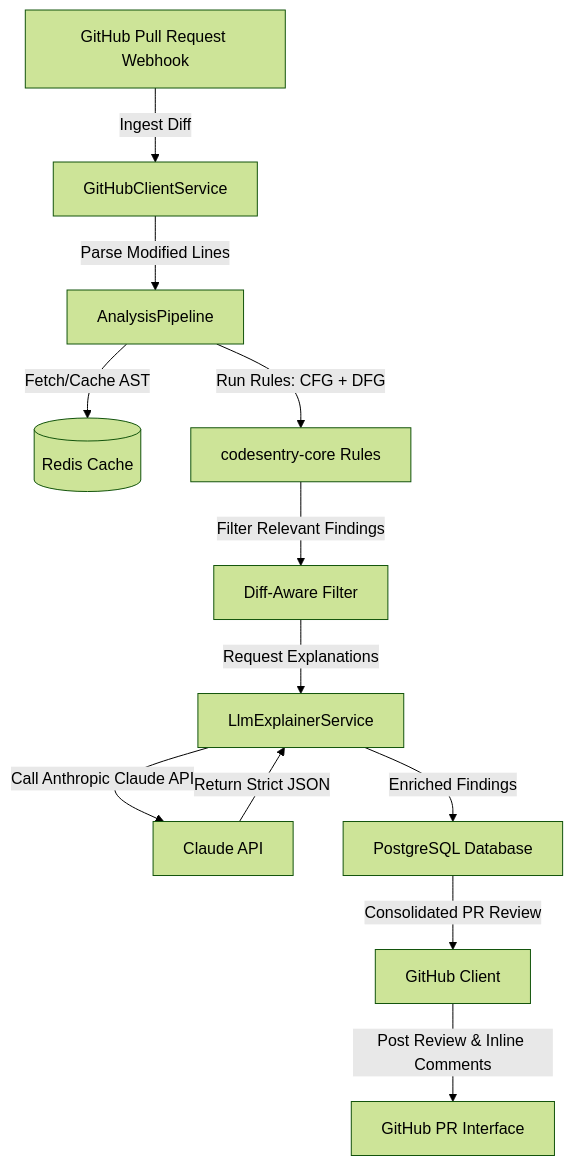
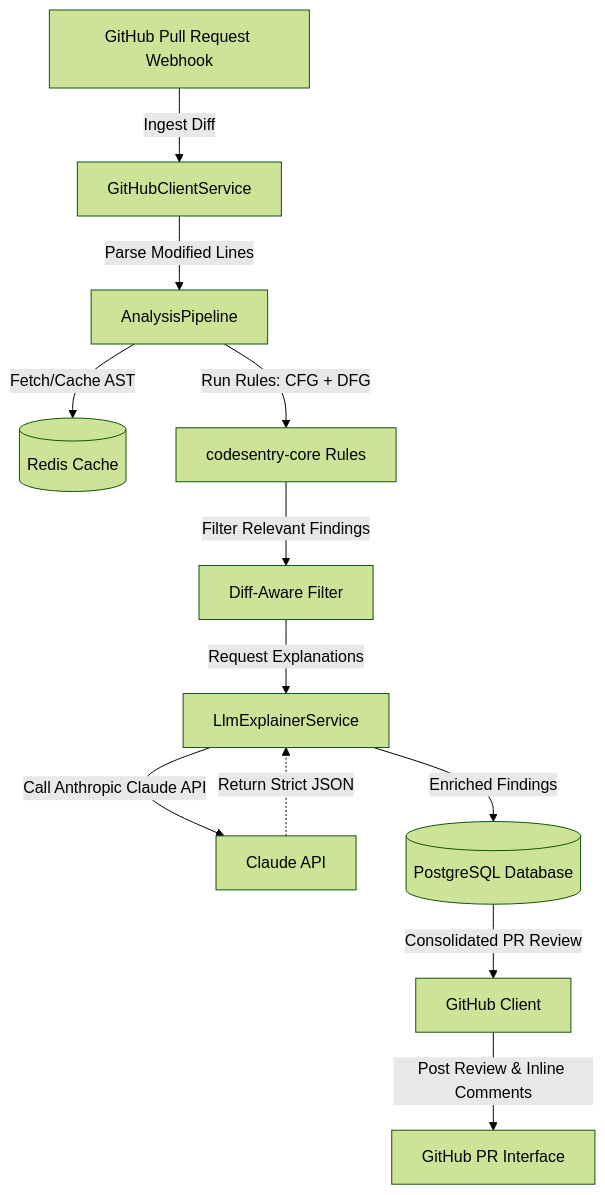
Before and after one commit to tanishqvarshney/Code-Sentry: the diagram in README.md, drawn with Mermaid (forest theme).

Commit message:
docs: Fix Mermaid syntax to prevent GitHub rendering error

````diff
--- a/README.md
+++ b/README.md
@@ -33,14 +33,14 @@
 ```mermaid
 graph TD
-    A[GitHub Pull Request Webhook] -->|Ingest Diff| B[GitHubClientService]
-    B -->|Parse Modified Lines| C[AnalysisPipeline]
-    C -->|Fetch/Cache AST| D[(Redis Cache)]
-    C -->|Run Rules: CFG + DFG| E[codesentry-core Rules]
-    E -->|Filter Relevant Findings| F[Diff-Aware Filter]
-    F -->|Request Explanations| G[LlmExplainerService]
-    G -->|Call Anthropic Claude API| H[Claude API]
-    H -->|Return Strict JSON| G
-    G -->|Enriched Findings| I[PostgreSQL Database]
-    I -->|Consolidated PR Review| J[GitHub Client]
-    J -->|Post Review & Inline Comments| K[GitHub PR Interface]
+    A["GitHub Pull Request Webhook"] -->|"Ingest Diff"| B["GitHubClientService"]
+    B -->|"Parse Modified Lines"| C["AnalysisPipeline"]
+    C -->|"Fetch/Cache AST"| D[("Redis Cache")]
+    C -->|"Run Rules: CFG + DFG"| E["codesentry-core Rules"]
+    E -->|"Filter Relevant Findings"| F["Diff-Aware Filter"]
+    F -->|"Request Explanations"| G["LlmExplainerService"]
+    G -->|"Call Anthropic Claude API"| H["Claude API"]
+    H -.->|"Return Strict JSON"| G
+    G -->|"Enriched Findings"| I[("PostgreSQL Database")]
+    I -->|"Consolidated PR Review"| J["GitHub Client"]
+    J -->|"Post Review & Inline Comments"| K["GitHub PR Interface"]
 ```
````
